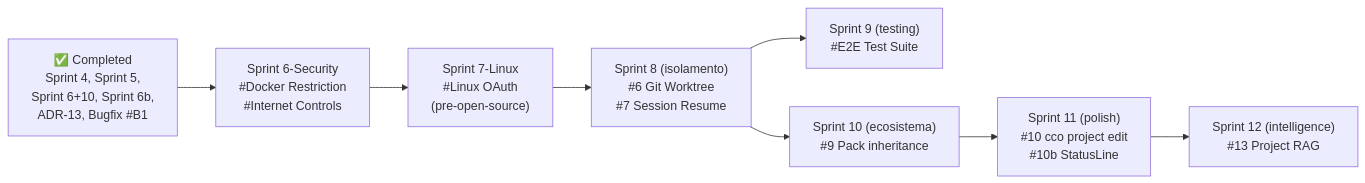
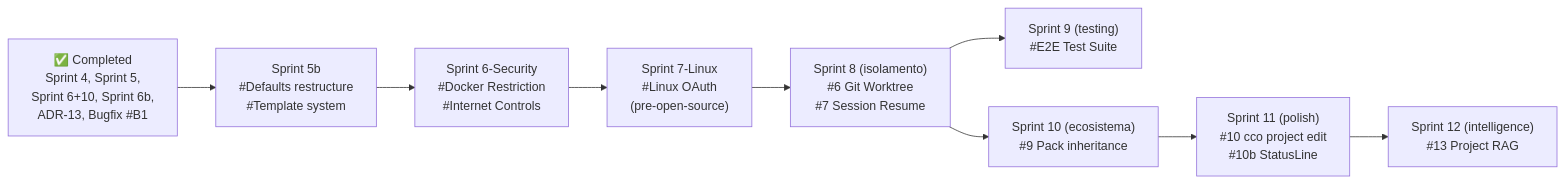
The diagram in docs/maintainer/roadmap.md (alergyonthestage/claude-orchestrator), drawn with Mermaid before and after one commit. The commit also changed other lines of this file, not shown here.

First line of the commit message:
docs(roadmap): add Sprint 5b — defaults restructuring and template system

````diff
--- a/docs/maintainer/roadmap.md
+++ b/docs/maintainer/roadmap.md
@@ -231,20 +231,22 @@
 ```mermaid
 graph LR
     DONE["✅ Completed<br/>Sprint 4, Sprint 5,<br/>Sprint 6+10, Sprint 6b,<br/>ADR-13, Bugfix #B1"]
 
+    S5b["Sprint 5b<br/>#Defaults restructure<br/>#Template system"]
     S6S["Sprint 6-Security<br/>#Docker Restriction<br/>#Internet Controls"]
     S7L["Sprint 7-Linux<br/>#Linux OAuth<br/>(pre-open-source)"]
     S8["Sprint 8 (isolamento)<br/>#6 Git Worktree<br/>#7 Session Resume"]
     S9["Sprint 9 (testing)<br/>#E2E Test Suite"]
     S10["Sprint 10 (ecosistema)<br/>#9 Pack inheritance"]
     S11["Sprint 11 (polish)<br/>#10 cco project edit<br/>#10b StatusLine"]
     S12["Sprint 12 (intelligence)<br/>#13 Project RAG"]
 
-    DONE --> S6S
+    DONE --> S5b
+    S5b --> S6S
     S6S --> S7L
     S7L --> S8
     S8 --> S9
     S8 --> S10
     S10 --> S11
     S11 --> S12
 ```
````
